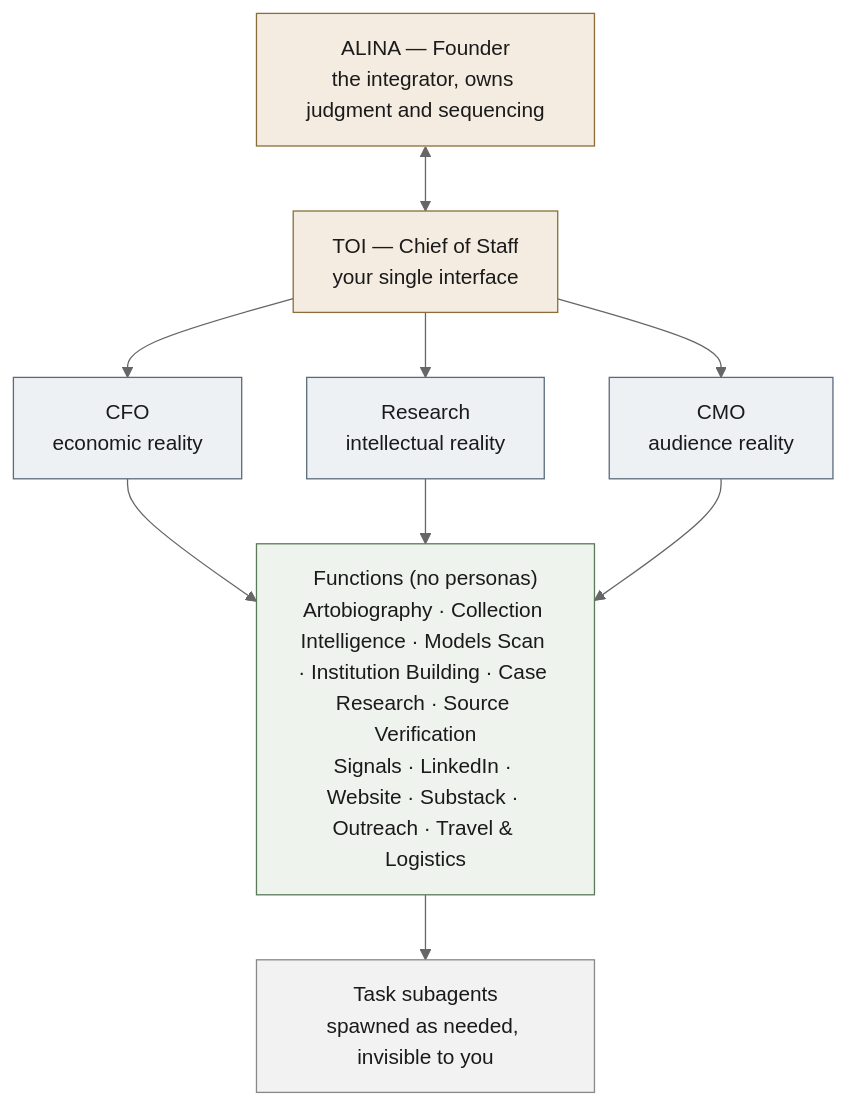
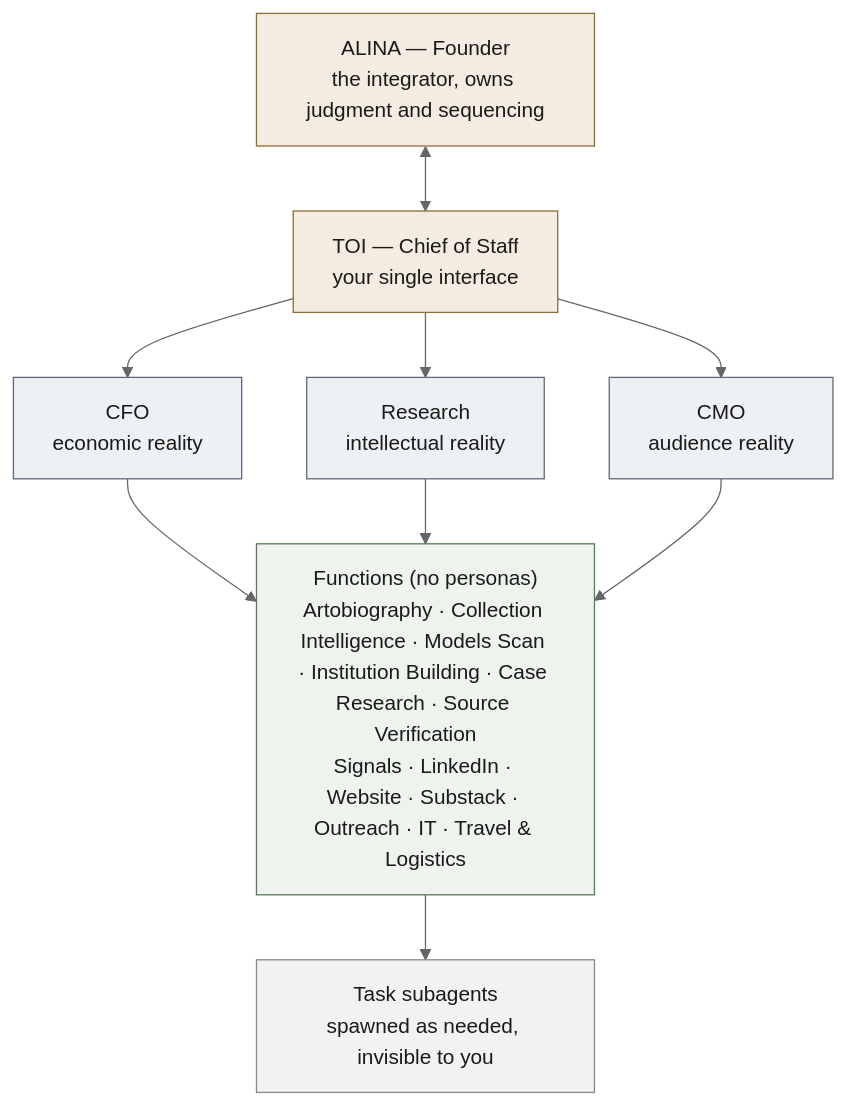
Before and after one commit to alinaokun/nariway-art: the diagram in company/executive-model.md, drawn with Mermaid (neutral theme). The commit also changed other lines of this file and 2 other files, not shown here.

````diff
--- a/company/executive-model.md
+++ b/company/executive-model.md
@@ -7,28 +7,28 @@
 ```mermaid
 flowchart TD
     A["ALINA — Founder<br/>the integrator, owns judgment and sequencing"]
     TOI["TOI — Chief of Staff<br/>your single interface"]
     CFO["CFO<br/>economic reality"]
     RES["Research<br/>intellectual reality"]
     CMO["CMO<br/>audience reality"]
-    FUN["Functions (no personas)<br/>Artobiography · Collection Intelligence · Models Scan · Institution Building · Case Research · Source Verification<br/>Signals · LinkedIn · Website · Substack · Outreach · Travel & Logistics"]
+    FUN["Functions (no personas)<br/>Artobiography · Collection Intelligence · Models Scan · Institution Building · Case Research · Source Verification<br/>Signals · LinkedIn · Website · Substack · Outreach · IT · Travel & Logistics"]
     SUB["Task subagents<br/>spawned as needed, invisible to you"]
 
     A <--> TOI
     TOI --> CFO
     TOI --> RES
     TOI --> CMO
     CFO --> FUN
     RES --> FUN
     CMO --> FUN
     FUN --> SUB
 
     classDef founder fill:#f4ece0,stroke:#8a6d3b,color:#1a1a1a;
     classDef lens fill:#eef1f4,stroke:#5b6b7a,color:#1a1a1a;
     classDef fun fill:#eef3ee,stroke:#5a7a5a,color:#1a1a1a;
     classDef sub fill:#f2f2f2,stroke:#888,color:#1a1a1a;
     class A,TOI founder;
     class CFO,RES,CMO lens;
     class FUN fun;
     class SUB sub;
 ```
````
